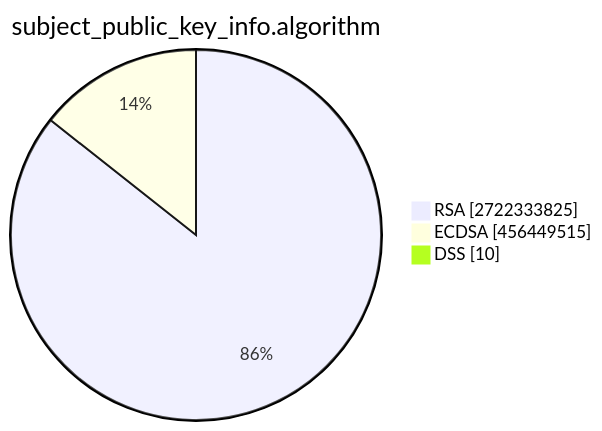
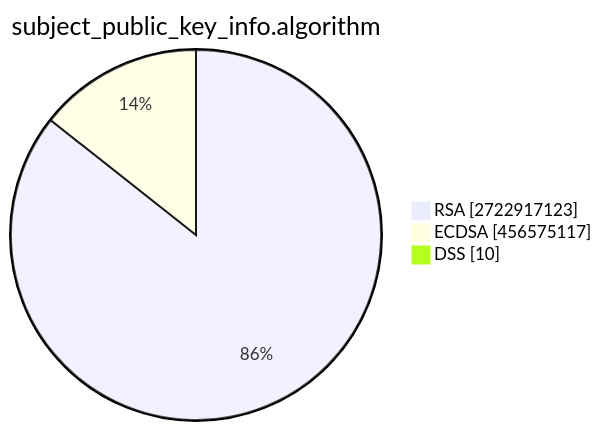
One commit to christiankrug/ctmonitor_visualization changed the second of 15 diagrams in TOTAL/README.md. Above: the diagram before and after it, drawn with Mermaid. The commit also changed other lines of this file, not shown here.

````diff
--- a/TOTAL/README.md
+++ b/TOTAL/README.md
@@ -6,7 +6,7 @@
 ```mermaid
 pie showData
 title subject_public_key_info.algorithm
-"RSA" :2722333825
-"ECDSA" :456449515
+"RSA" :2722917123
+"ECDSA" :456575117
 "DSS" :10
 ```
````
